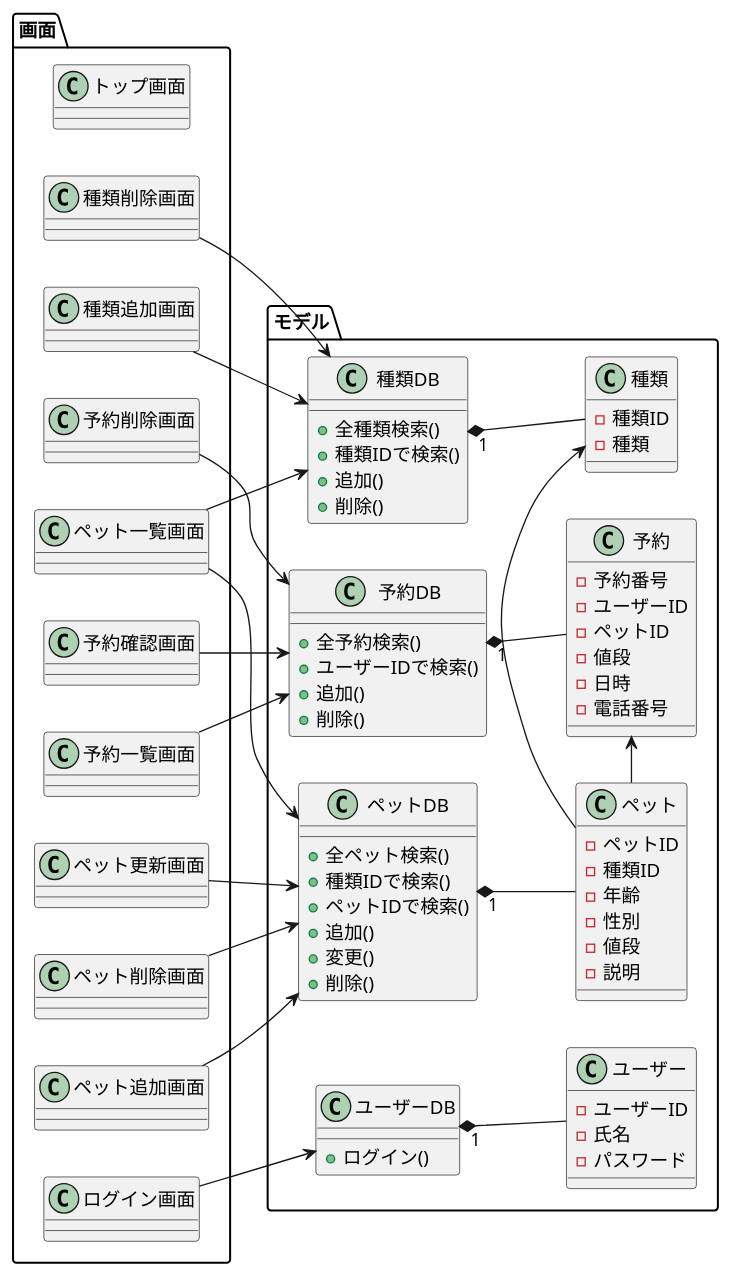
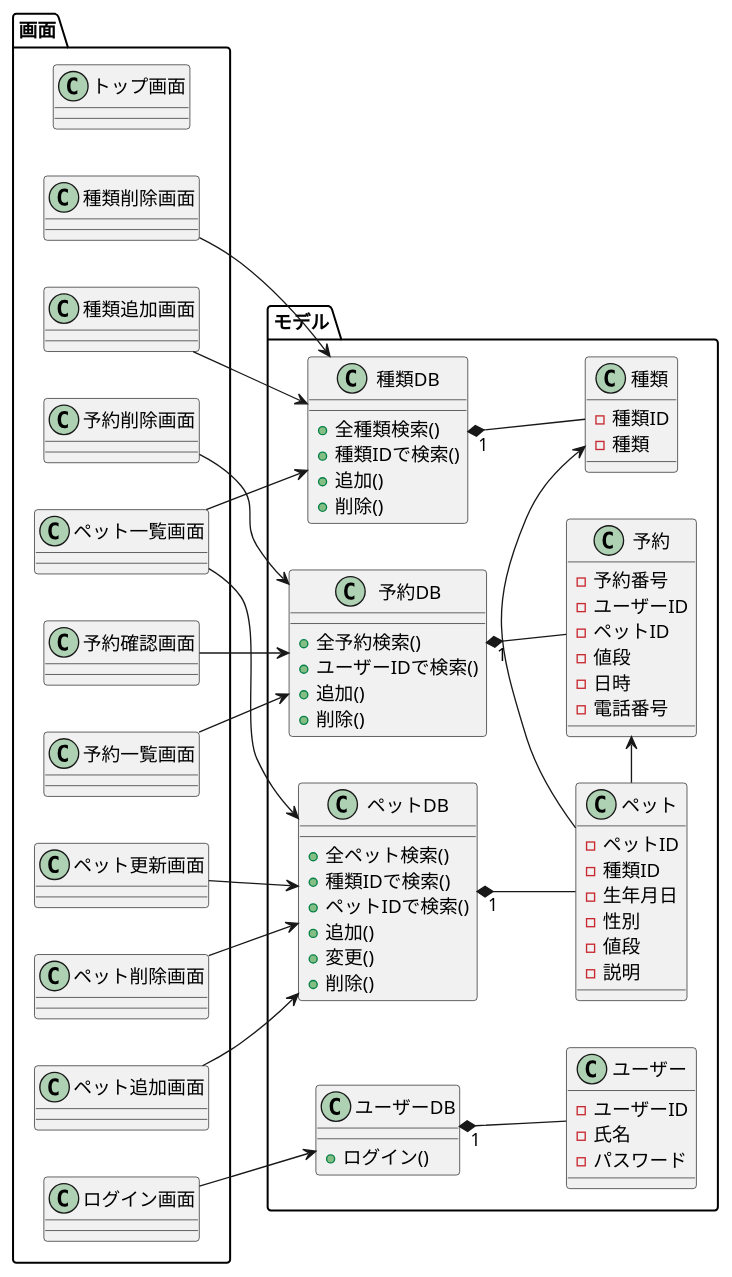
The diagram in UML/class.pu (Tyamanaka07/WebSystem), drawn with PlantUML before and after one commit. The commit also changed 2 other files, not shown here.

```diff
--- a/UML/class.pu
+++ b/UML/class.pu
@@ -1,96 +1,96 @@
 @startuml
 left to right direction
 
 package モデル{
 class ペット{
 	-ペットID
 	-種類ID
-	-年齢
+	-生年月日
 	-性別
 	-値段
 	-説明
 }
 
 class 種類{
 	-種類ID
 	-種類
 }
 
 class ユーザー{
 	-ユーザーID
 	-氏名
 	-パスワード
 }
 
 class 予約{
 	-予約番号
 	-ユーザーID
 	-ペットID
 	-値段
 	-日時
 	-電話番号
 }
 
 class ペットDB{
 	+全ペット検索()
 	+種類IDで検索()
 	+ペットIDで検索()
 	+追加()
 	+変更()
 	+削除()
 }
 
 class 種類DB{
 	+全種類検索()
 	+種類IDで検索()
 	+追加()
 	+削除()
 }
 
 class ユーザーDB{
 	+ログイン()
 }
 
 class 予約DB{
 	+全予約検索()
 	+ユーザーIDで検索()
 	+追加()
 	+削除()
 }
 }
 
 package 画面{
 class トップ画面
 class ペット一覧画面
 class ログイン画面
 class ペット追加画面
 class ペット更新画面
 class ペット削除画面
 class 種類追加画面
 class 種類削除画面
 class 予約確認画面
 class 予約一覧画面
 class 予約削除画面
 
 }
 
 ペットDB "1" *-- ペット
 種類DB "1" *-- 種類
 ユーザーDB "1" *-- ユーザー
 予約DB "1" *-- 予約
 ペット -> 種類
 ペット -> 予約
 
 ペット一覧画面-->種類DB
 ペット一覧画面-->ペットDB
 ログイン画面-->ユーザーDB
 ペット追加画面-->ペットDB
 ペット更新画面-->ペットDB
 種類追加画面-->種類DB
 種類削除画面-->種類DB
 ペット削除画面-->ペットDB
 予約確認画面-->予約DB
 予約一覧画面-->予約DB
 予約削除画面-->予約DB
 
 @enduml
```
